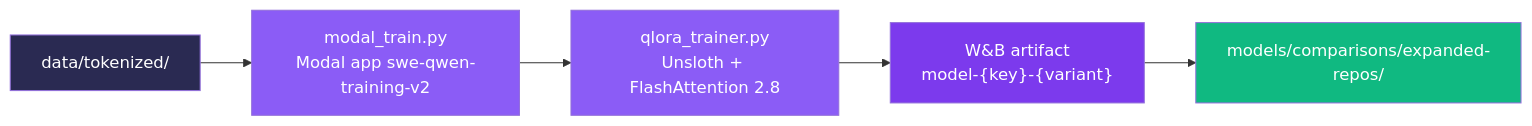
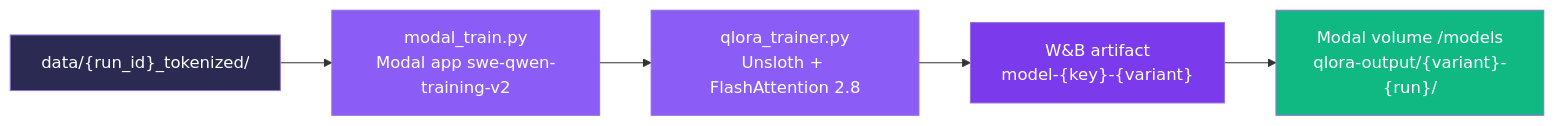
The second of 4 diagrams in docs/deep-dives.md (AhmedIkram05/SWE-Qwen), drawn with Mermaid before and after one commit. The commit also changed other lines of this file, not shown here.

````diff
--- a/docs/deep-dives.md
+++ b/docs/deep-dives.md
@@ -85,12 +111,12 @@
 ```mermaid
 flowchart LR
-    A["data/tokenized/"] --> B["modal_train.py<br/>Modal app swe-qwen-training-v2"]
+    A["data/{run_id}_tokenized/"] --> B["modal_train.py<br/>Modal app swe-qwen-training-v2"]
     B --> C["qlora_trainer.py<br/>Unsloth + FlashAttention 2.8"]
     C --> D["W&B artifact<br/>model-{key}-{variant}"]
-    D --> E["models/comparisons/expanded-repos/"]
+    D --> E["Modal volume /models<br/>qlora-output/{variant}-{run}/"]
     style A fill:#2a2a52,color:#fff
     style B fill:#8b5cf6,color:#fff
     style C fill:#8b5cf6,color:#fff
     style D fill:#7c3aed,color:#fff
     style E fill:#10b981,color:#fff
 ```
````
